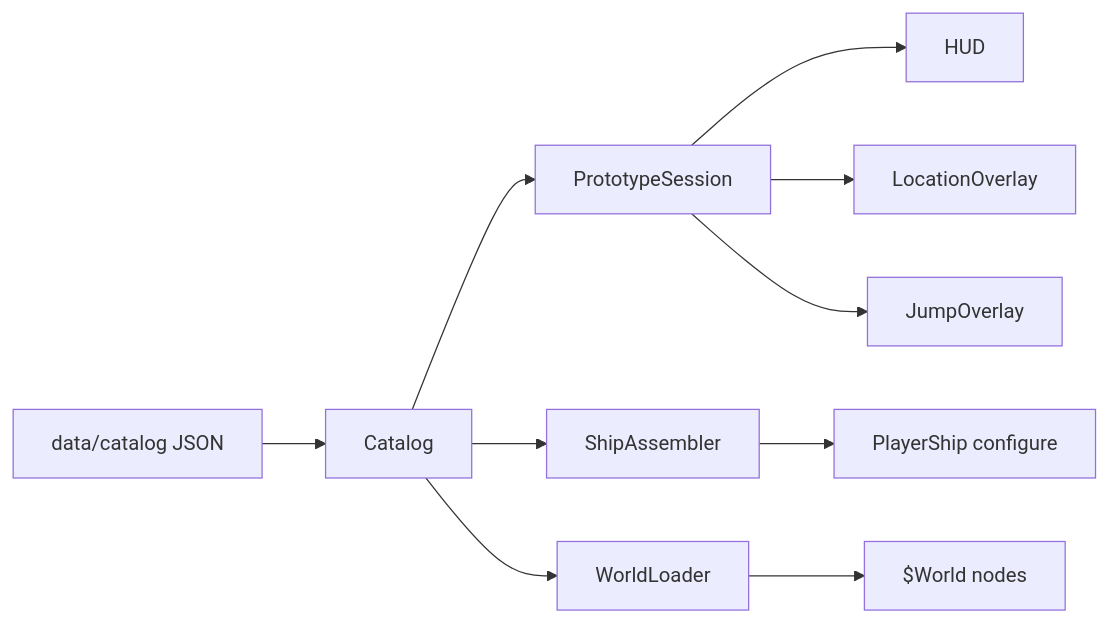
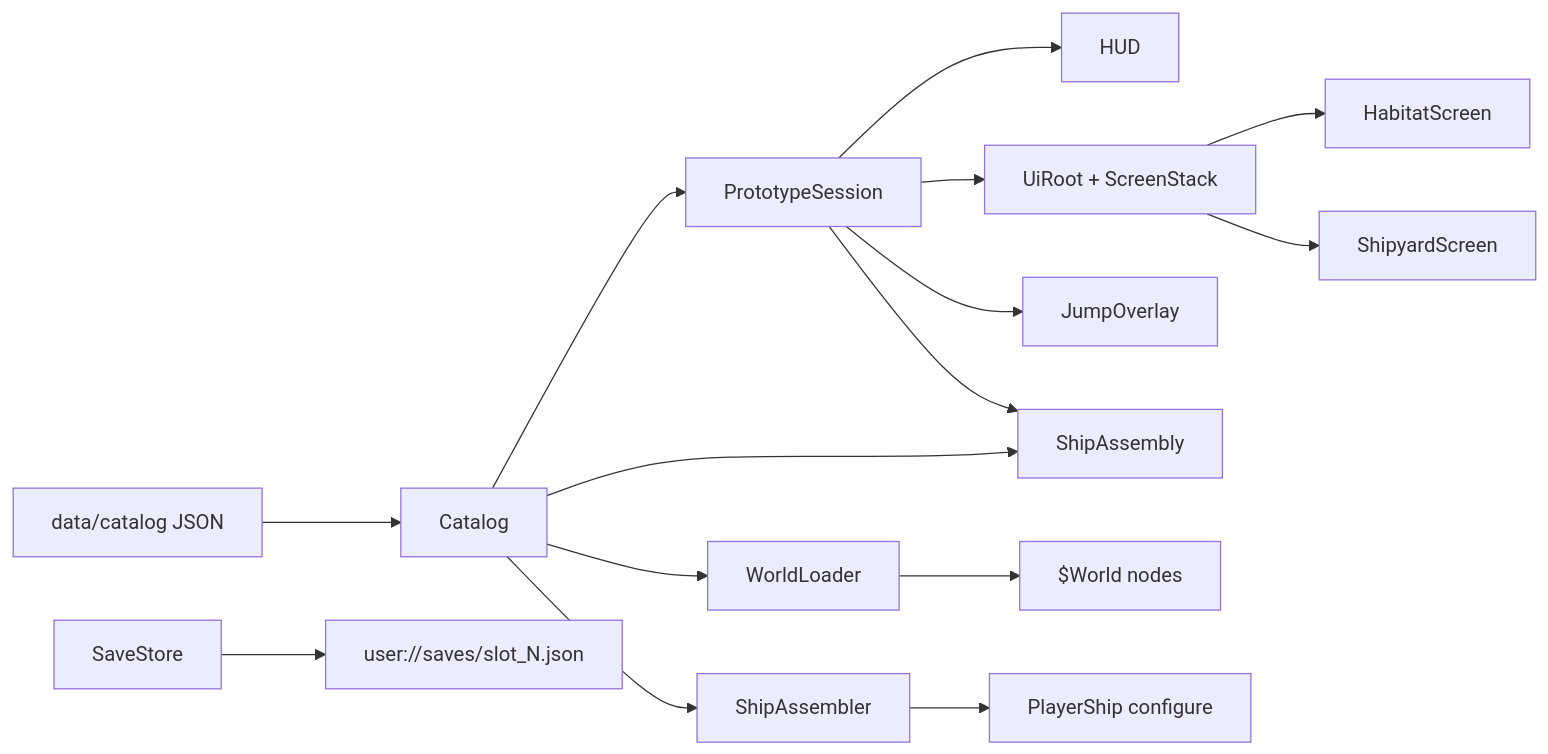
One commit to alan-mcl/cartel2 changed the first of 2 diagrams in docs/design/architecture.md. Above: the diagram before and after it, drawn with Mermaid. The commit also changed other lines of this file and 81 other files, not shown here.

````diff
--- a/docs/design/architecture.md
+++ b/docs/design/architecture.md
@@ -25,12 +26,17 @@
 ```mermaid
 flowchart LR
   JSON[data/catalog JSON] --> Catalog
   Catalog --> Session[PrototypeSession]
   Catalog --> Assembler[ShipAssembler]
   Catalog --> Loader[WorldLoader]
   Session --> HUD
-  Session --> Location[LocationOverlay]
+  Session --> UiRoot[UiRoot + ScreenStack]
   Session --> Jump[JumpOverlay]
+  Session --> Assembly[ShipAssembly]
+  Catalog --> Assembly
+  UiRoot --> Habitat[HabitatScreen]
+  UiRoot --> Shipyard[ShipyardScreen]
+  SaveStore --> UserSaves[user://saves/slot_N.json]
   Loader --> World["$World nodes"]
   Assembler --> PlayerShip[PlayerShip configure]
 ```
````
